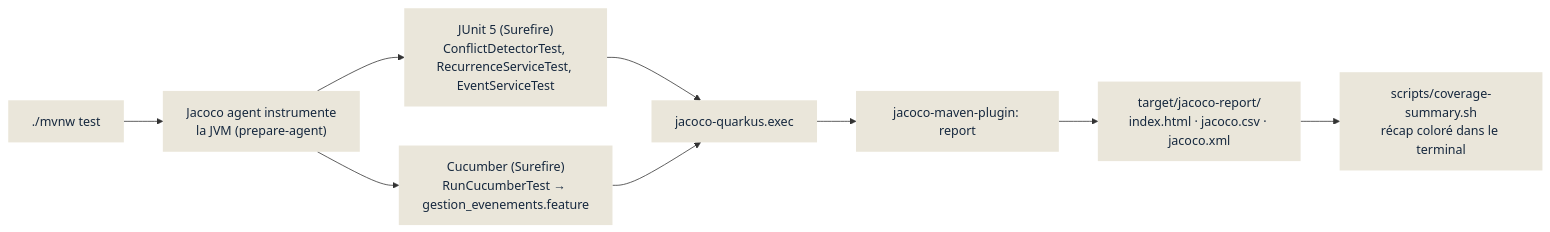
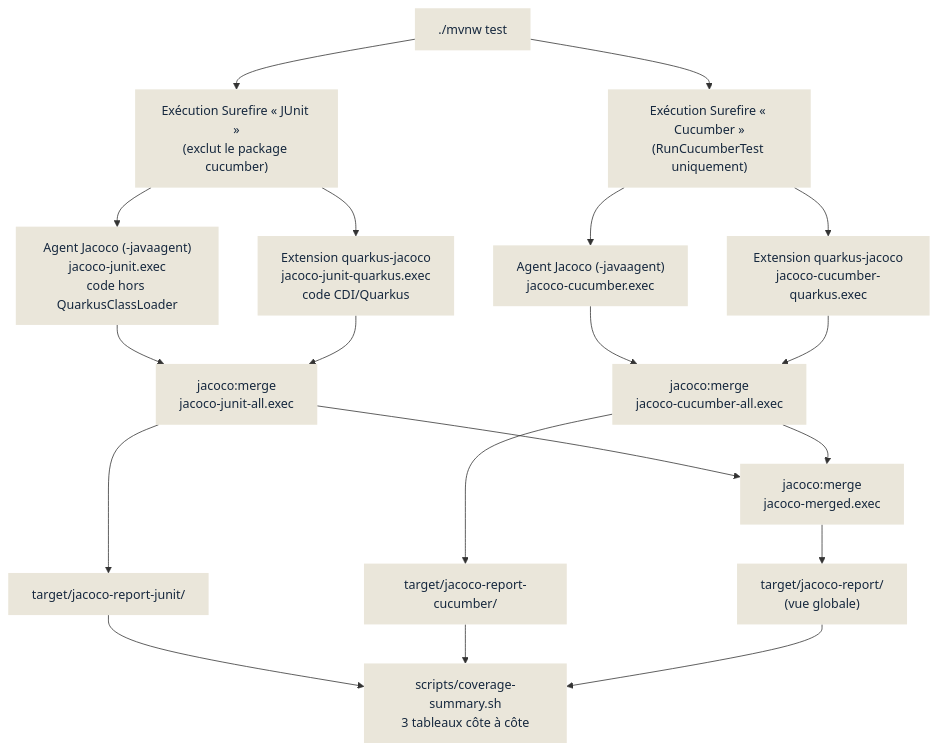
Before and after one commit to sidevconcept/couverture-junit-cucumber-jacoco: the fourth of 4 diagrams in DESCRIPTION.md, drawn with Mermaid. The commit also changed other lines of this file and 6 other files, not shown here.

First line of the commit message:
Scinder la couverture Jacoco par type de test (JUnit vs Cucumber)

````diff
--- a/DESCRIPTION.md
+++ b/DESCRIPTION.md
@@ -149,14 +158,28 @@
 ```mermaid
-flowchart LR
-    A["./mvnw test"] --> B["Jacoco agent instrumente\nla JVM (prepare-agent)"]
-    B --> C["JUnit 5 (Surefire)\nConflictDetectorTest, RecurrenceServiceTest, EventServiceTest"]
-    B --> D["Cucumber (Surefire)\nRunCucumberTest → gestion_evenements.feature"]
-    C --> E["jacoco-quarkus.exec"]
-    D --> E
-    E --> F["jacoco-maven-plugin: report"]
-    F --> G["target/jacoco-report/\nindex.html · jacoco.csv · jacoco.xml"]
-    G --> H["scripts/coverage-summary.sh\nrécap coloré dans le terminal"]
+flowchart TB
+    A["./mvnw test"] --> J1["Exécution Surefire « JUnit »\n(exclut le package cucumber)"]
+    A --> C1["Exécution Surefire « Cucumber »\n(RunCucumberTest uniquement)"]
+
+    J1 --> JA["Agent Jacoco (-javaagent)\njacoco-junit.exec\ncode hors QuarkusClassLoader"]
+    J1 --> JQ["Extension quarkus-jacoco\njacoco-junit-quarkus.exec\ncode CDI/Quarkus"]
+    C1 --> CA["Agent Jacoco (-javaagent)\njacoco-cucumber.exec"]
+    C1 --> CQ["Extension quarkus-jacoco\njacoco-cucumber-quarkus.exec"]
+
+    JA --> MJ["jacoco:merge\njacoco-junit-all.exec"]
+    JQ --> MJ
+    CA --> MC["jacoco:merge\njacoco-cucumber-all.exec"]
+    CQ --> MC
+
+    MJ --> RJ["target/jacoco-report-junit/"]
+    MC --> RC["target/jacoco-report-cucumber/"]
+    MJ --> MG["jacoco:merge\njacoco-merged.exec"]
+    MC --> MG
+    MG --> RG["target/jacoco-report/\n(vue globale)"]
+
+    RJ --> SUM["scripts/coverage-summary.sh\n3 tableaux côte à côte"]
+    RC --> SUM
+    RG --> SUM
 
     classDef step fill:#EAE6DA,color:#16283E,stroke:none;
-    class A,B,C,D,E,F,G,H step;
+    class A,J1,C1,JA,JQ,CA,CQ,MJ,MC,RJ,RC,MG,RG,SUM step;
 ```
````
